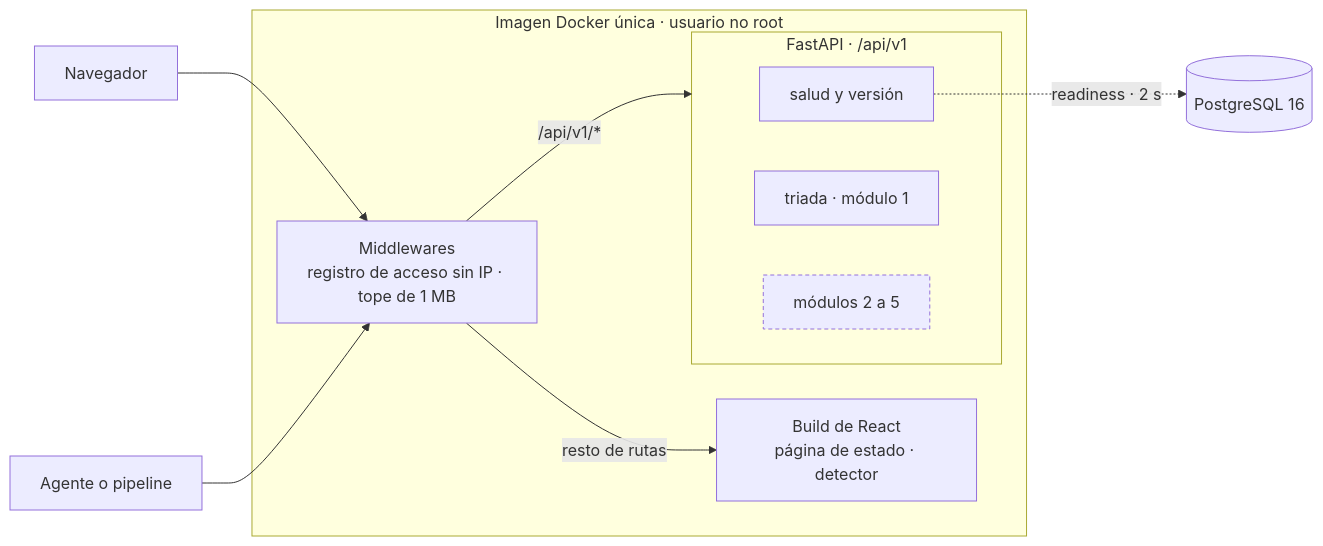
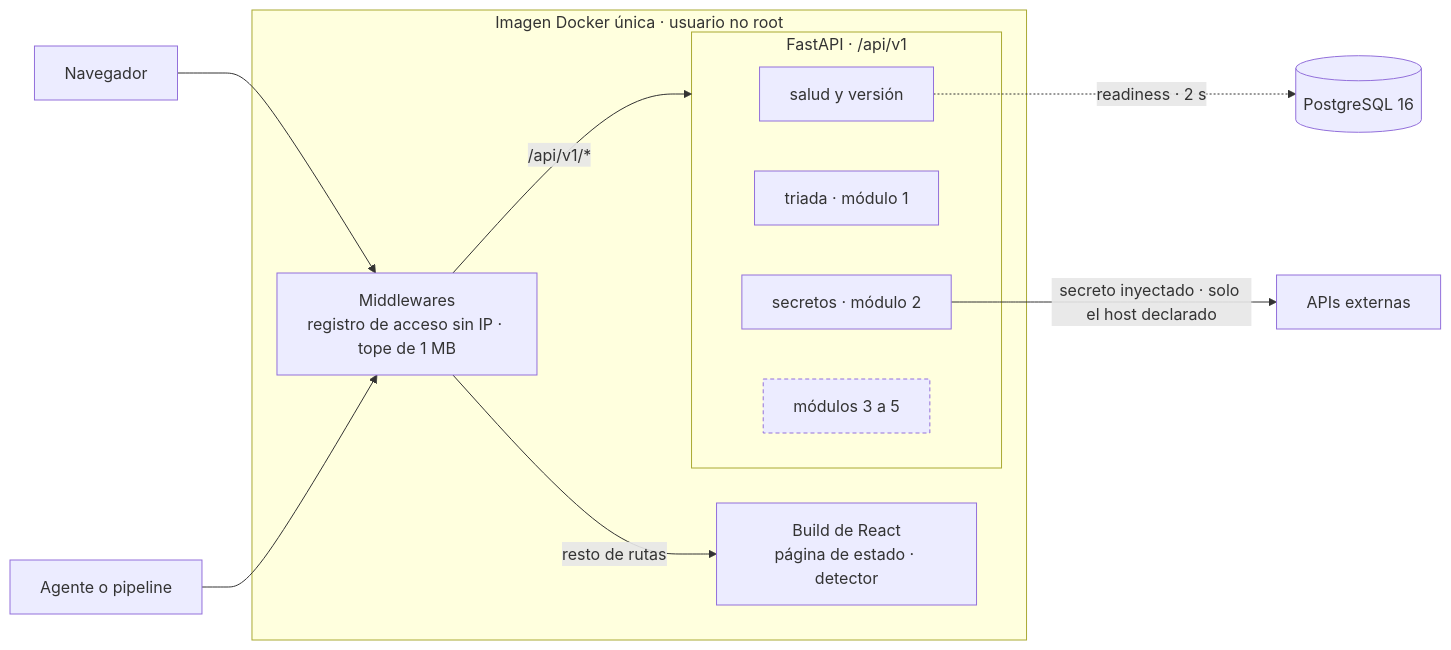
The third of 6 diagrams in README.md (Alex-mk2/AgentGuard), drawn with Mermaid before and after one commit. The commit also changed other lines of this file and 43 other files, not shown here.

````diff
--- a/README.md
+++ b/README.md
@@ -65,21 +66,23 @@
 ```mermaid
 flowchart LR
     N["Navegador"] --> MW
     C["Agente o pipeline"] --> MW
 
     subgraph IMG["Imagen Docker única · usuario no root"]
         MW["Middlewares<br/>registro de acceso sin IP · tope de 1 MB"]
         MW -->|"/api/v1/*"| API
         MW -->|"resto de rutas"| WEB["Build de React<br/>página de estado · detector"]
         subgraph API["FastAPI · /api/v1"]
             S["salud y versión"]
             T["triada · módulo 1"]
-            F["módulos 2 a 5"]
+            B["secretos · módulo 2"]
+            F["módulos 3 a 5"]
         end
     end
 
     S -.->|"readiness · 2 s"| DB[("PostgreSQL 16")]
+    B -->|"secreto inyectado · solo el host declarado"| X["APIs externas"]
 
     classDef pendiente stroke-dasharray: 4 3
     class F pendiente
 ```
````
